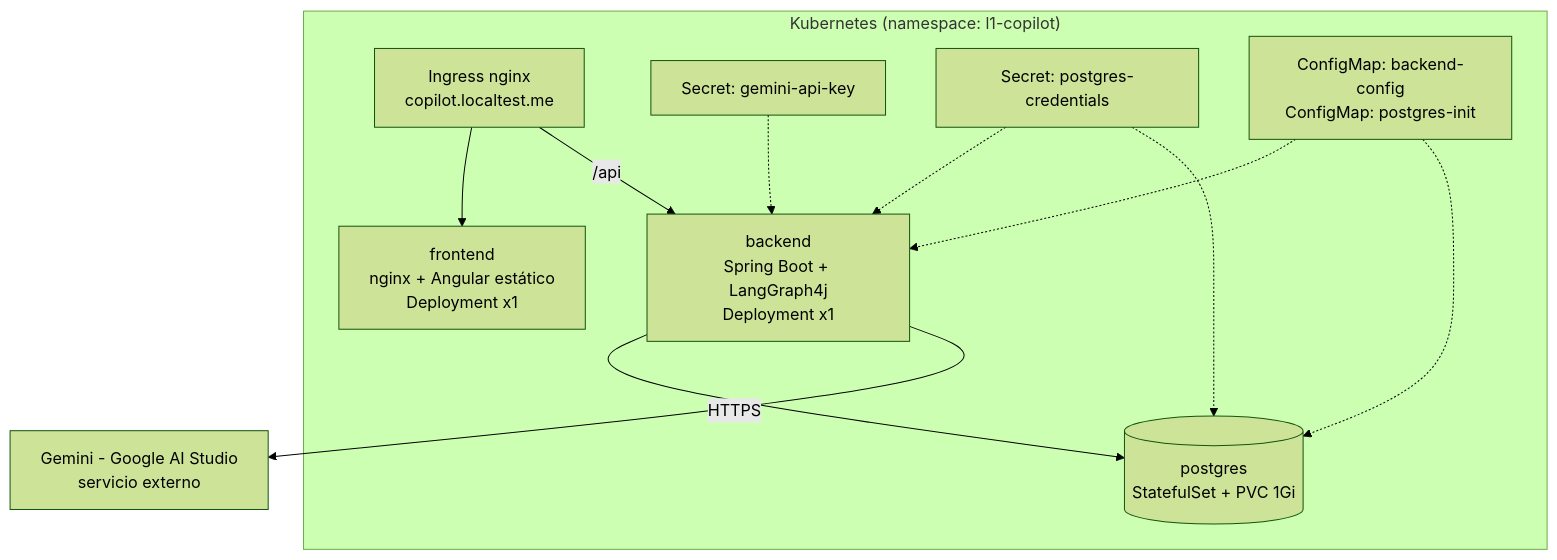
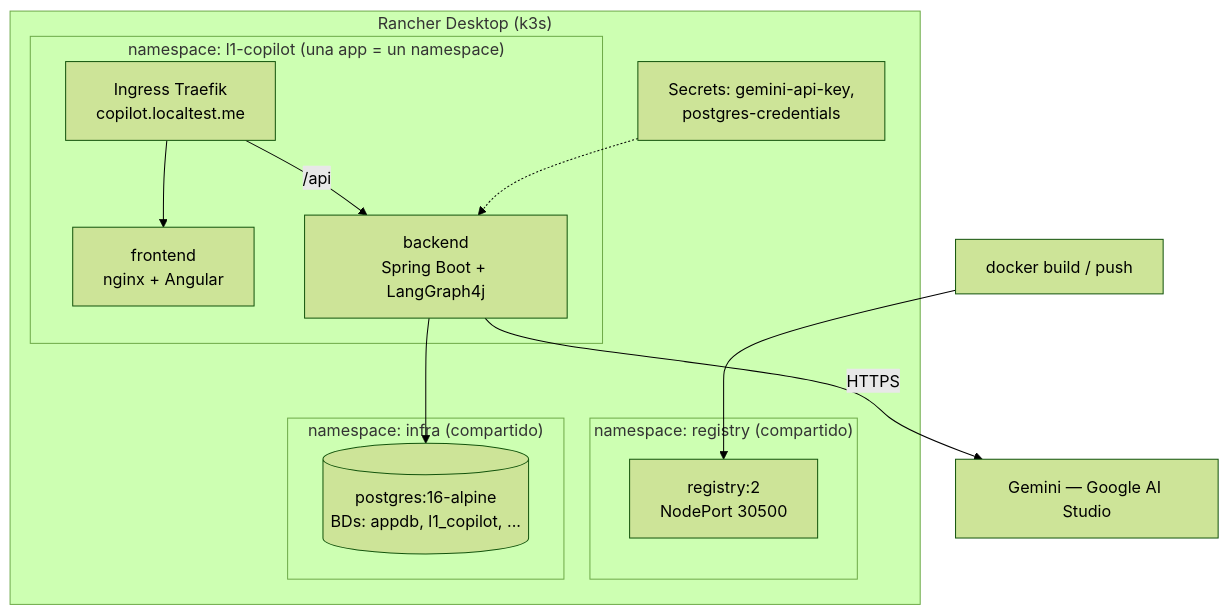
The diagram in docs/infraestructura/README.md (mikel0ne/ai-platform-portfolio), drawn with Mermaid (forest theme) before and after one commit. The commit also changed other lines of this file and 14 other files, not shown here.

Commit message:
docs(infra): rewrite infrastructure guides for the new model and align architecture

````diff
--- a/docs/infraestructura/README.md
+++ b/docs/infraestructura/README.md
@@ -9,12 +16,19 @@
 ```mermaid
 graph TB
-    subgraph Cluster ["Kubernetes (namespace: l1-copilot)"]
-        ING[Ingress nginx<br/>copilot.localtest.me] --> FE[frontend<br/>nginx + Angular estático<br/>Deployment x1]
-        ING -->|/api| BE[backend<br/>Spring Boot + LangGraph4j<br/>Deployment x1]
-        BE --> PG[(postgres<br/>StatefulSet + PVC 1Gi)]
-        SEC1[Secret: gemini-api-key] -.-> BE
-        SEC2[Secret: postgres-credentials] -.-> BE & PG
-        CM[ConfigMap: backend-config<br/>ConfigMap: postgres-init] -.-> BE & PG
+    subgraph Cluster ["Rancher Desktop (k3s)"]
+        subgraph reg ["namespace: registry (compartido)"]
+            REG[registry:2<br/>NodePort 30500]
+        end
+        subgraph infra ["namespace: infra (compartido)"]
+            PG[(postgres:16-alpine<br/>BDs: appdb, l1_copilot, ...)]
+        end
+        subgraph app ["namespace: l1-copilot (una app = un namespace)"]
+            ING[Ingress Traefik<br/>copilot.localtest.me] --> FE[frontend<br/>nginx + Angular]
+            ING -->|/api| BE[backend<br/>Spring Boot + LangGraph4j]
+        end
+        BE --> PG
+        SEC[Secrets: gemini-api-key,<br/>postgres-credentials] -.-> BE
     end
-    BE -->|HTTPS| GEM[Gemini - Google AI Studio<br/>servicio externo]
+    BE -->|HTTPS| GEM[Gemini — Google AI Studio]
+    DEV[docker build / push] --> REG
 ```
````
